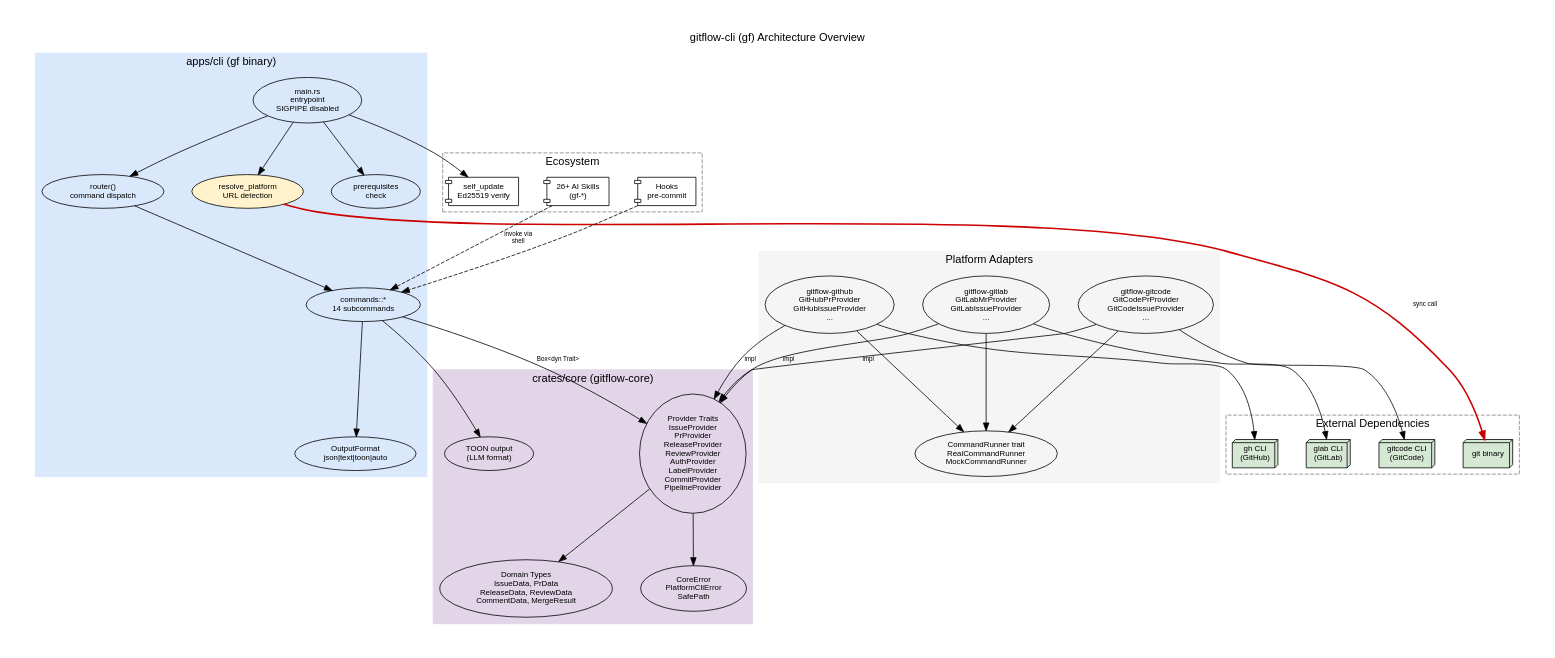
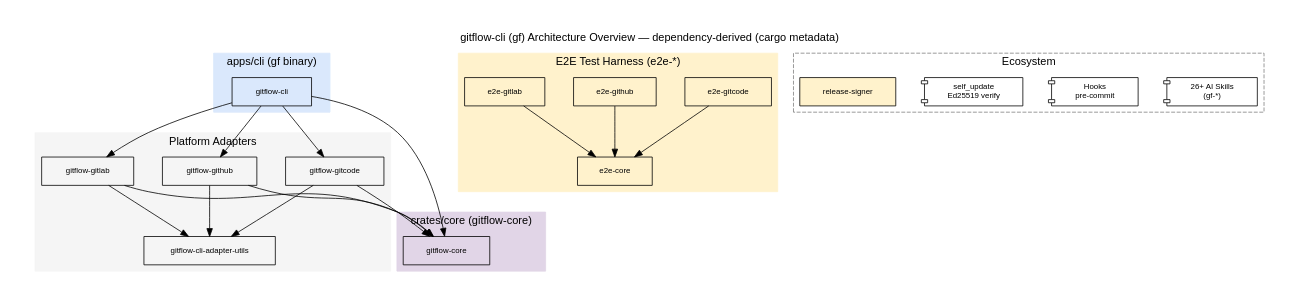
Before and after one commit to byx-darwin/gitflow-cli: the diagram in docs/architecture-diagram.dot, drawn with Graphviz. The commit also changed 2 other files, not shown here.

Commit message:
docs(architecture-diagram): 本仓库 dogfooding 实跑
用 cargo metadata --no-deps 结构化提取真实工作区拓扑（11 个内部模块，
13 条路径依赖边），重写 docs/architecture-diagram.dot：移除手工维护的
函数级虚构节点/边，替换为精确对应真实拓扑的 crate 级节点，补齐
e2e-*（新增 E2E Test Harness cluster，沿用 #fff2cc）与 release-signer
（归入既有 Ecosystem cluster，无内部依赖边）两个原图缺失的 cluster，
保留 CLI/Core/Adapters/Ecosystem 原有分层与配色（#dae8fc/#e1d5e7/#f5f5f5）。
渲染为 docs/assets/architecture-diagram.svg。

节点默认 margin 从 0.28,0.09 加宽到 0.36,0.10 ——长 crate 名
gitflow-cli-adapter-utils（25 字符）在 review_svg.py 的文本宽度启发式
（len*fontsize*0.6）下用 0.28,0.09 仍判定越界（150.0 > 137.8），
加宽后几何回验为 CLEAN。重新生成两次拓扑一致（33 个 titled 元素）。

docs/index.md 补充产物引用与「不要手工编辑 .svg」的约束。

Refs #331

```diff
--- a/docs/architecture-diagram.dot
+++ b/docs/architecture-diagram.dot
@@ -1,94 +1,76 @@
 digraph gitflow_architecture {
     rankdir=TB;
     fontname="Helvetica";
-    node [fontname="Helvetica", fontsize=10];
+    node [fontname="Helvetica", fontsize=10, shape=box, margin="0.36,0.10"];
     edge [fontname="Helvetica", fontsize=8];
-    label="gitflow-cli (gf) Architecture Overview";
+    label="gitflow-cli (gf) Architecture Overview — dependency-derived (cargo metadata)";
     labelloc=t;
     fontsize=14;
     nodesep=0.5;
-    ranksep=0.8;
+    ranksep=0.9;
     pad=0.4;
 
     // ── CLI Layer ──
     subgraph cluster_cli {
         label="apps/cli (gf binary)";
         style=filled;
         color="#dae8fc";
-        main_rs [label="main.rs\nentrypoint\nSIGPIPE disabled"];
-        router [label="router()\ncommand dispatch"];
-        prereqs [label="prerequisites\ncheck"];
-        platform_detect [label="resolve_platform\nURL detection", style=filled, fillcolor="#fff2cc"];
-        commands [label="commands::*\n14 subcommands"];
-        output_fmt [label="OutputFormat\njson|text|toon|auto"];
+        "gitflow-cli" [fillcolor="#dae8fc", style=filled];
+    }
 
-        main_rs -> router;
-        main_rs -> platform_detect;
-        main_rs -> prereqs;
-        router -> commands;
-        commands -> output_fmt;
+    // ── Core Layer ──
+    subgraph cluster_core {
+        label="crates/core (gitflow-core)";
+        style=filled;
+        color="#e1d5e7";
+        "gitflow-core" [fillcolor="#e1d5e7", style=filled];
+    }
+
+    // ── Adapter Layer ──
+    subgraph cluster_adapters {
+        label="Platform Adapters";
+        style=filled;
+        color="#f5f5f5";
+        "gitflow-github" [fillcolor="#f5f5f5", style=filled];
+        "gitflow-gitlab" [fillcolor="#f5f5f5", style=filled];
+        "gitflow-gitcode" [fillcolor="#f5f5f5", style=filled];
+        "gitflow-cli-adapter-utils" [fillcolor="#f5f5f5", style=filled];
+    }
+
+    // ── E2E Test Harness ──
+    subgraph cluster_e2e {
+        label="E2E Test Harness (e2e-*)";
+        style=filled;
+        color="#fff2cc";
+        "e2e-core" [fillcolor="#fff2cc", style=filled];
+        "e2e-github" [fillcolor="#fff2cc", style=filled];
+        "e2e-gitlab" [fillcolor="#fff2cc", style=filled];
+        "e2e-gitcode" [fillcolor="#fff2cc", style=filled];
     }
 
     // ── Ecosystem ──
     subgraph cluster_ecosystem {
         label="Ecosystem";
         style=dashed;
         color=gray;
         skills [label="26+ AI Skills\n(gf-*)", shape=component];
         hooks [label="Hooks\npre-commit", shape=component];
         self_update [label="self_update\nEd25519 verify", shape=component];
+        "release-signer" [shape=box, fillcolor="#fff2cc", style=filled];
     }
 
-    // ─ Core Layer ──
-    subgraph cluster_core {
-        label="crates/core (gitflow-core)";
-        style=filled;
-        color="#e1d5e7";
-        traits [label="Provider Traits\nIssueProvider\nPrProvider\nReleaseProvider\nReviewProvider\nAuthProvider\nLabelProvider\nCommitProvider\nPipelineProvider"];
-        domain [label="Domain Types\nIssueData, PrData\nReleaseData, ReviewData\nCommentData, MergeResult"];
-        errors [label="CoreError\nPlatformCliError\nSafePath"];
-        toon [label="TOON output\n(LLM format)"];
-
-        traits -> domain;
-        traits -> errors;
-    }
-
-    // ─ Adapter Layer ──
-    subgraph cluster_adapters {
-        label="Platform Adapters";
-        style=filled;
-        color="#f5f5f5";
-        github_adapter [label="gitflow-github\nGitHubPrProvider\nGitHubIssueProvider\n..."];
-        gitlab_adapter [label="gitflow-gitlab\nGitLabMrProvider\nGitLabIssueProvider\n..."];
-        gitcode_adapter [label="gitflow-gitcode\nGitCodePrProvider\nGitCodeIssueProvider\n..."];
-        runner_trait [label="CommandRunner trait\nRealCommandRunner\nMockCommandRunner"];
-    }
-
-    // ── External Dependencies ──
-    subgraph cluster_external {
-        label="External Dependencies";
-        style=dashed;
-        color=gray;
-        gh [label="gh CLI\n(GitHub)", shape=box3d, style=filled, fillcolor="#d5e8d4"];
-        glab [label="glab CLI\n(GitLab)", shape=box3d, style=filled, fillcolor="#d5e8d4"];
-        gitcode_cli [label="gitcode CLI\n(GitCode)", shape=box3d, style=filled, fillcolor="#d5e8d4"];
-        git_bin [label="git binary", shape=box3d, style=filled, fillcolor="#d5e8d4"];
-    }
-
-    // ── Main Dependency Edges ──
-    commands -> traits [label="Box<dyn Trait>"];
-    commands -> toon;
-    github_adapter -> traits [label="impl"];
-    gitlab_adapter -> traits [label="impl"];
-    gitcode_adapter -> traits [label="impl"];
-    github_adapter -> runner_trait;
-    gitlab_adapter -> runner_trait;
-    gitcode_adapter -> runner_trait;
-    github_adapter -> gh;
-    gitlab_adapter -> glab;
-    gitcode_adapter -> gitcode_cli;
-    platform_detect -> git_bin [label="sync call", style=bold, color="#cc0000"];
-    skills -> commands [label="invoke via\nshell", style=dashed];
-    hooks -> commands [style=dashed];
-    main_rs -> self_update;
+    // ── Real dependency edges (cargo metadata --no-deps) ──
+    "gitflow-cli" -> "gitflow-core";
+    "gitflow-cli" -> "gitflow-gitcode";
+    "gitflow-cli" -> "gitflow-github";
+    "gitflow-cli" -> "gitflow-gitlab";
+    "gitflow-gitcode" -> "gitflow-cli-adapter-utils";
+    "gitflow-gitcode" -> "gitflow-core";
+    "gitflow-github" -> "gitflow-cli-adapter-utils";
+    "gitflow-github" -> "gitflow-core";
+    "gitflow-gitlab" -> "gitflow-cli-adapter-utils";
+    "gitflow-gitlab" -> "gitflow-core";
+    "e2e-gitcode" -> "e2e-core";
+    "e2e-github" -> "e2e-core";
+    "e2e-gitlab" -> "e2e-core";
 }
```
